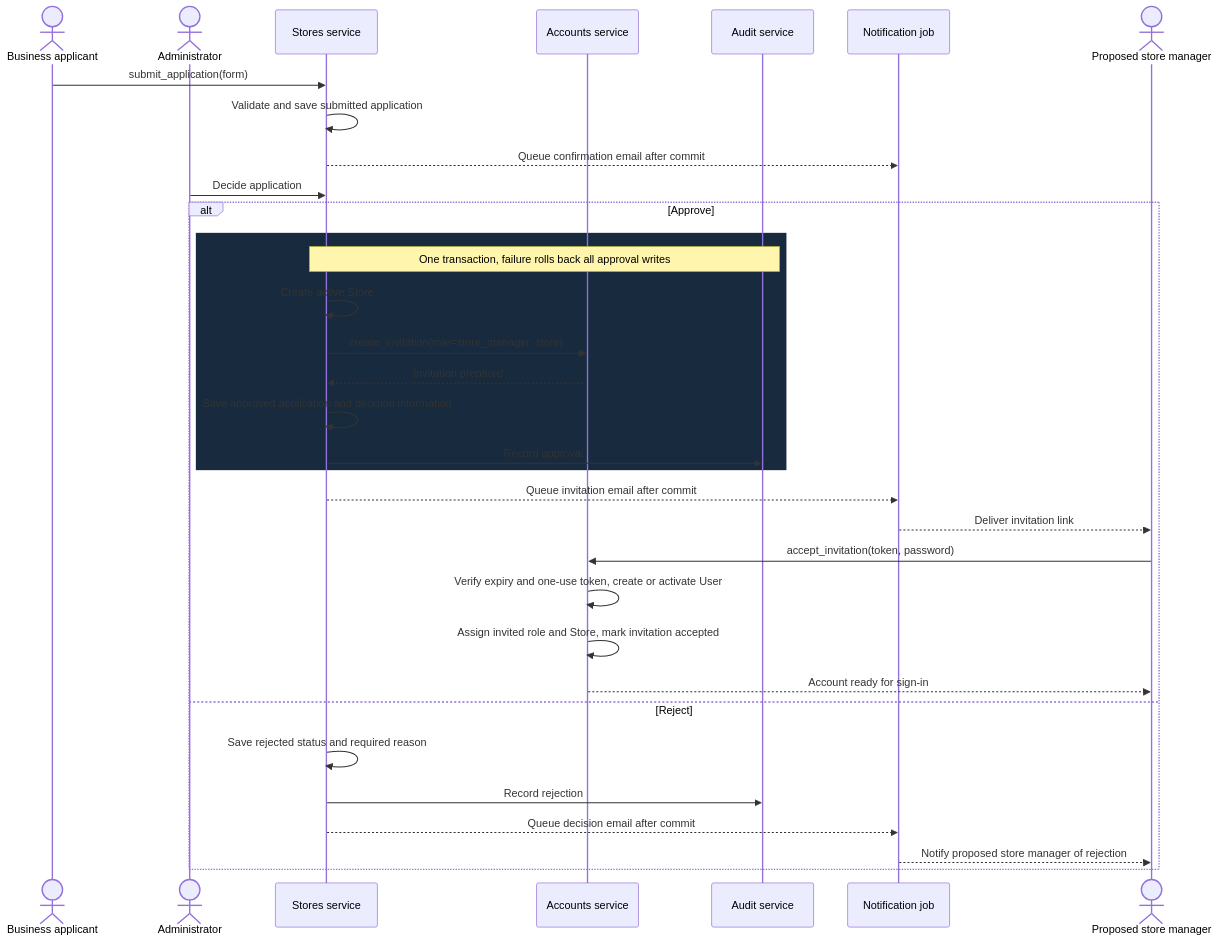
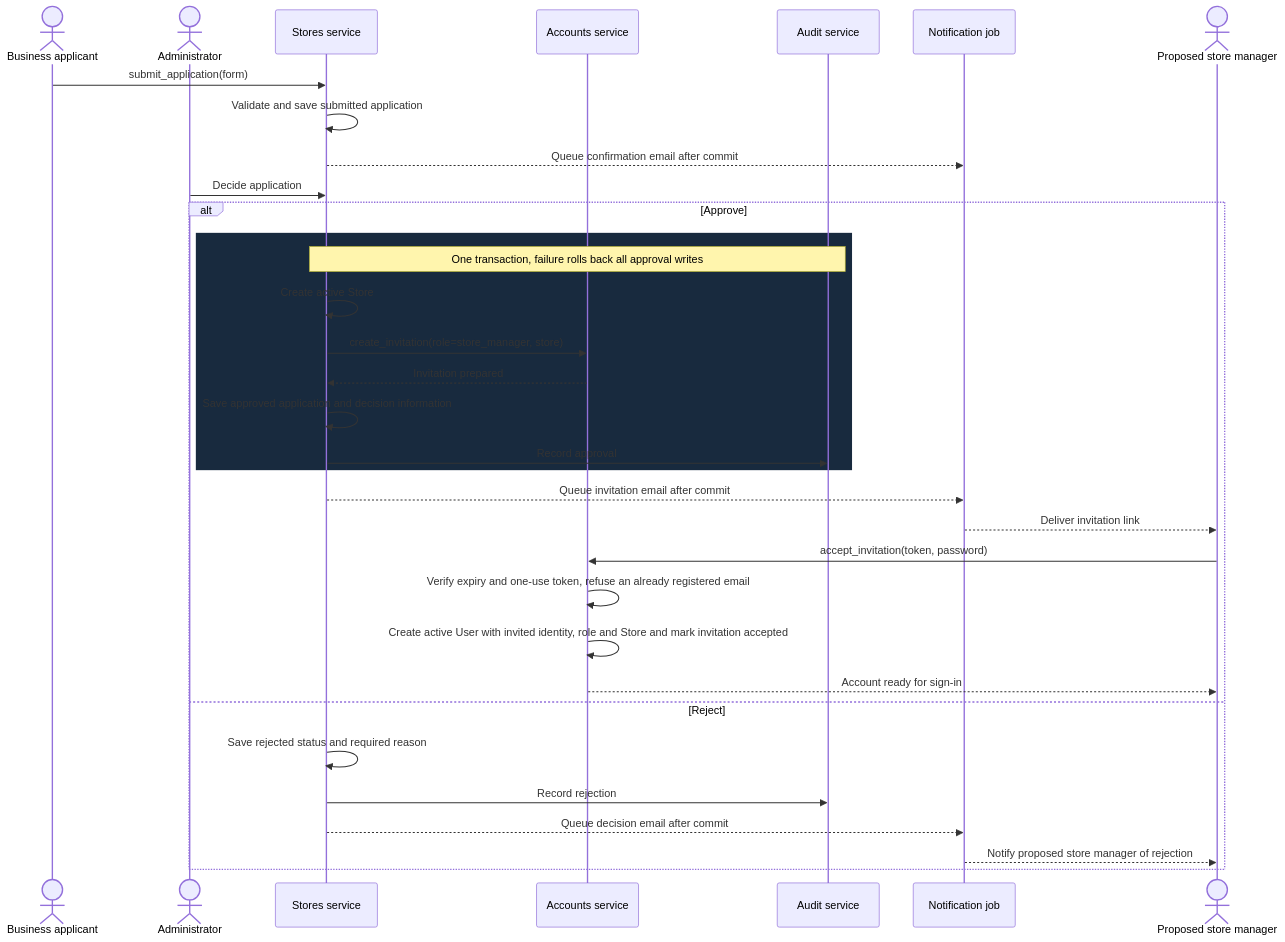
Before and after one commit to B-A-D-R-SL/iris: the seventh of 10 diagrams in docs/04-architecture/architecture.md, drawn with Mermaid. The commit also changed other lines of this file and 19 other files, not shown here.

````diff
--- a/docs/04-architecture/architecture.md
+++ b/docs/04-architecture/architecture.md
@@ -422,40 +422,40 @@
 ```mermaid
 sequenceDiagram
     actor B as Business applicant
     actor AD as Administrator
     participant S as Stores service
     participant AC as Accounts service
     participant A as Audit service
     participant N as Notification job
     actor M as Proposed store manager
 
     B->>S: submit_application(form)
     S->>S: Validate and save submitted application
     S-->>N: Queue confirmation email after commit
 
     AD->>S: Decide application
 
     alt Approve
         rect rgb(24, 42, 62)
             Note over S,A: One transaction, failure rolls back all approval writes
             S->>S: Create active Store
             S->>AC: create_invitation(role=store_manager, store)
             AC-->>S: Invitation prepared
             S->>S: Save approved application and decision information
             S->>A: Record approval
         end
 
         S-->>N: Queue invitation email after commit
         N-->>M: Deliver invitation link
 
         M->>AC: accept_invitation(token, password)
-        AC->>AC: Verify expiry and one-use token, create or activate User
-        AC->>AC: Assign invited role and Store, mark invitation accepted
+        AC->>AC: Verify expiry and one-use token, refuse an already registered email
+        AC->>AC: Create active User with invited identity, role and Store and mark invitation accepted
         AC-->>M: Account ready for sign-in
     else Reject
         S->>S: Save rejected status and required reason
         S->>A: Record rejection
         S-->>N: Queue decision email after commit
         N-->>M: Notify proposed store manager of rejection
     end
 ```
````
